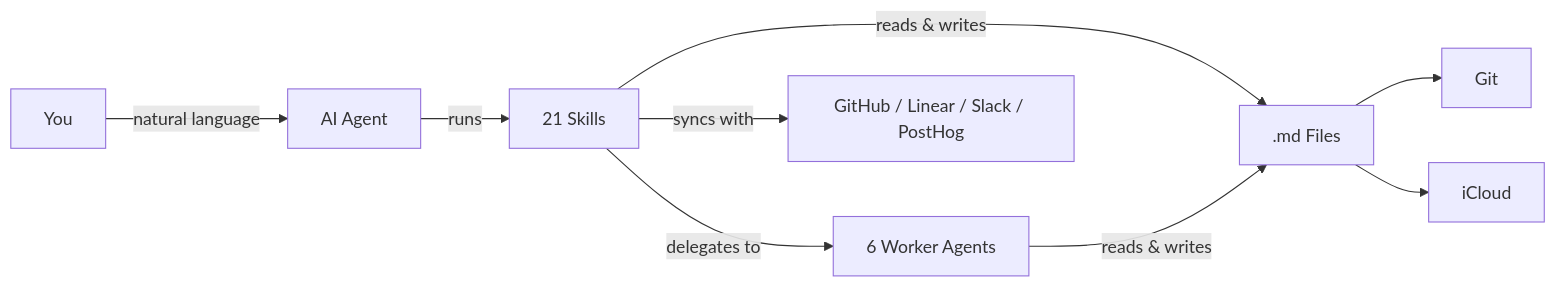
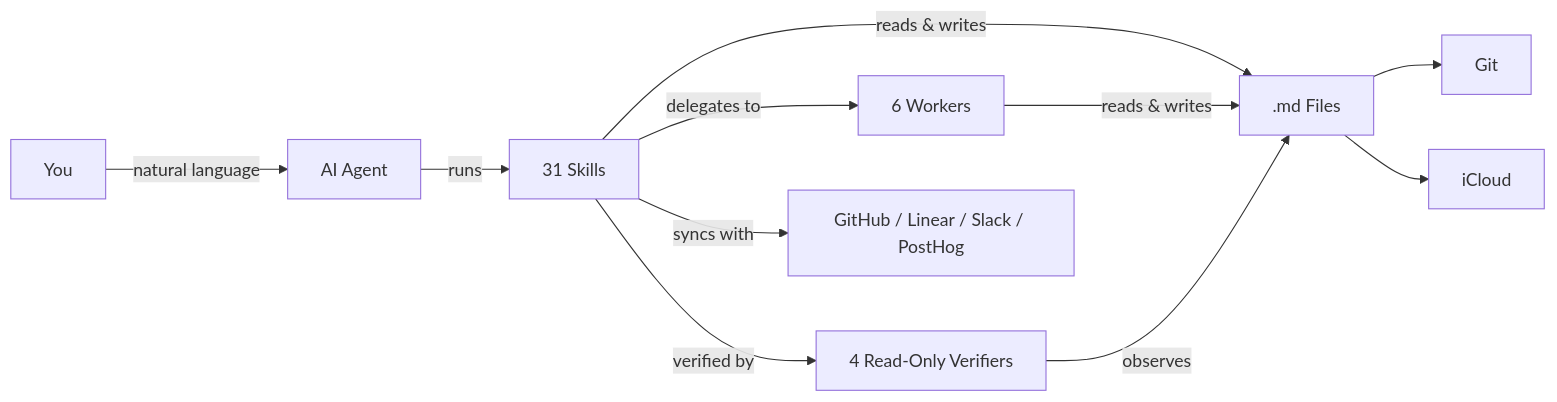
Before and after one commit to huytieu/COG-second-brain: the first of 2 diagrams in README.md, drawn with Mermaid. The commit also changed other lines of this file and 46 other files, not shown here.

````diff
--- a/README.md
+++ b/README.md
@@ -11,11 +11,13 @@
 ```mermaid
 graph LR
     A[You] -- natural language --> B[AI Agent]
-    B -- runs --> C[21 Skills]
-    C -- delegates to --> W[6 Worker Agents]
+    B -- runs --> C[31 Skills]
+    C -- delegates to --> W[6 Workers]
+    C -- verified by --> V[4 Read-Only Verifiers]
     C -- reads & writes --> D[.md Files]
     W -- reads & writes --> D
+    V -- observes --> D
     C -- syncs with --> G[GitHub / Linear / Slack / PostHog]
     D --> E[Git]
     D --> F[iCloud]
 ```
````
